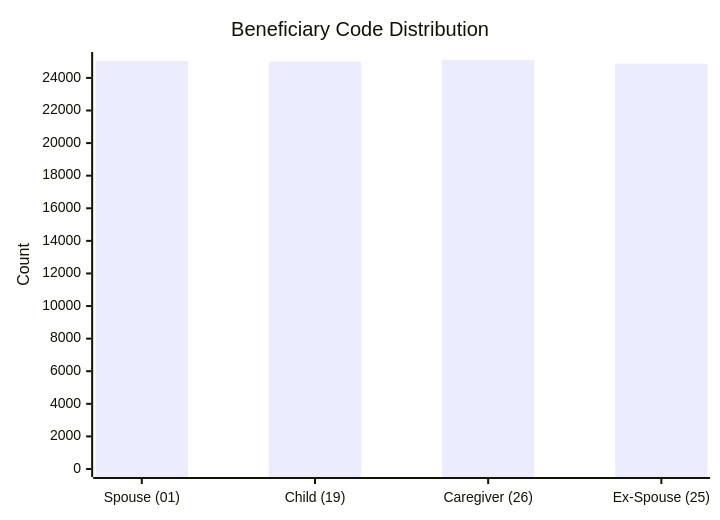
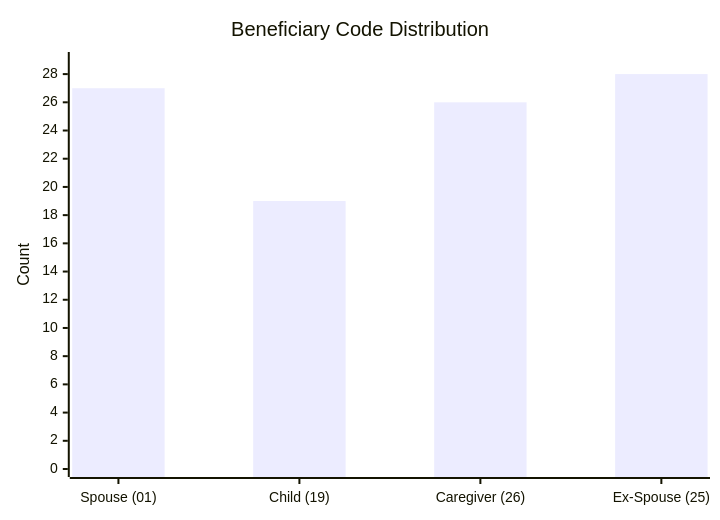
The seventh of 10 diagrams in test-tools/DataGen/src/Statistics_Visualizer.md (dhagan-va/intern-2025), drawn with Mermaid before and after one commit. The commit also changed other lines of this file and 6 other files, not shown here.

````diff
--- a/test-tools/DataGen/src/Statistics_Visualizer.md
+++ b/test-tools/DataGen/src/Statistics_Visualizer.md
@@ -77,7 +77,7 @@
 ```mermaid
 xychart-beta
     title "Beneficiary Code Distribution"
     x-axis ["Spouse (01)", "Child (19)", "Caregiver (26)", "Ex-Spouse (25)"]
-    y-axis "Count" 0 --> 25099
-    bar [25029, 24999, 25098, 24874]
+    y-axis "Count" 0 --> 29
+    bar [27, 19, 26, 28]
 ```
````
